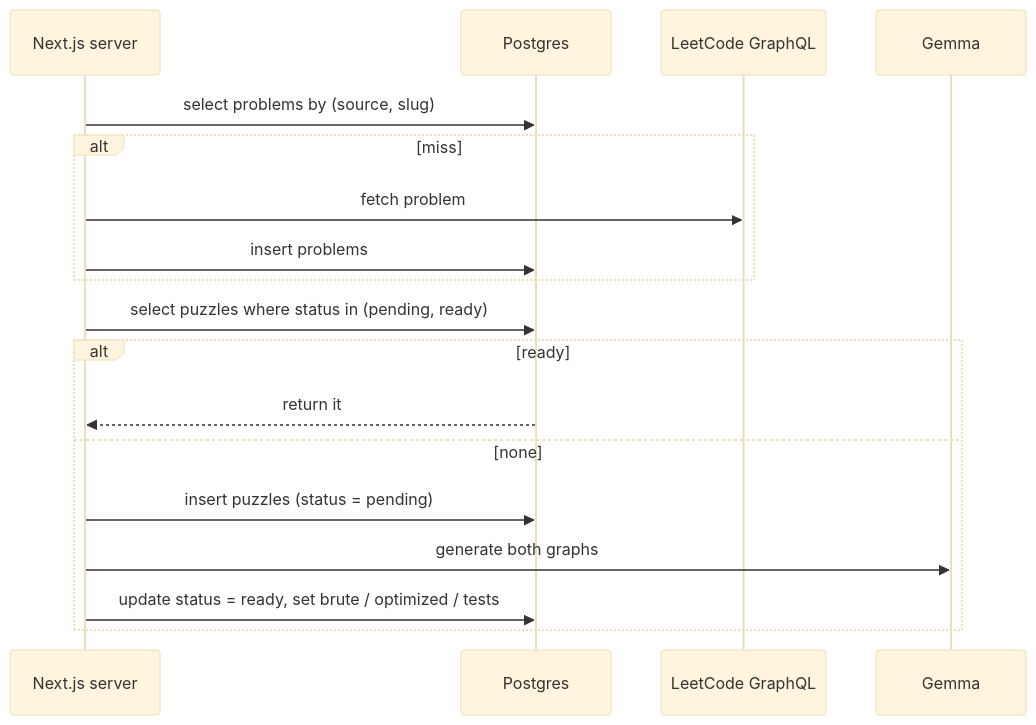
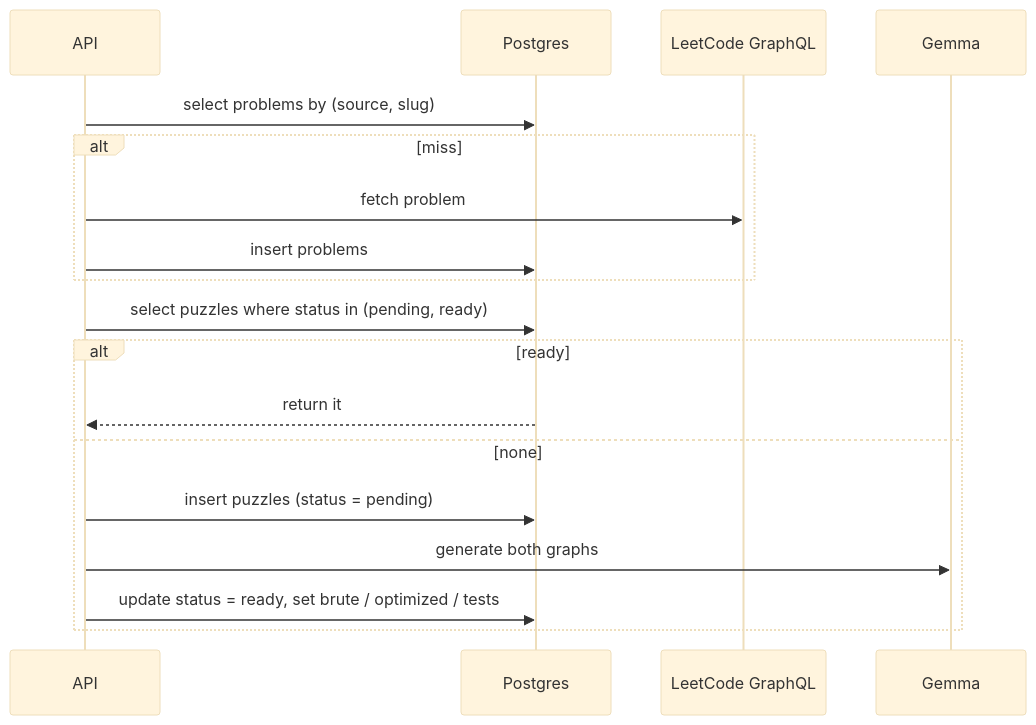
Before and after one commit to Zaku-Seven/LeetBloc: the third of 4 diagrams in DATABASE.md, drawn with Mermaid (base theme). The commit also changed other lines of this file and 49 other files, not shown here.

````diff
--- a/DATABASE.md
+++ b/DATABASE.md
@@ -120,20 +123,20 @@
 ```mermaid
 sequenceDiagram
-  participant S as Next.js server
+  participant S as API
   participant DB as Postgres
   participant L as LeetCode GraphQL
   participant G as Gemma
   S->>DB: select problems by (source, slug)
   alt miss
     S->>L: fetch problem
     S->>DB: insert problems
   end
   S->>DB: select puzzles where status in (pending, ready)
   alt ready
     DB-->>S: return it
   else none
     S->>DB: insert puzzles (status = pending)
     S->>G: generate both graphs
     S->>DB: update status = ready, set brute / optimized / tests
   end
 ```
````
